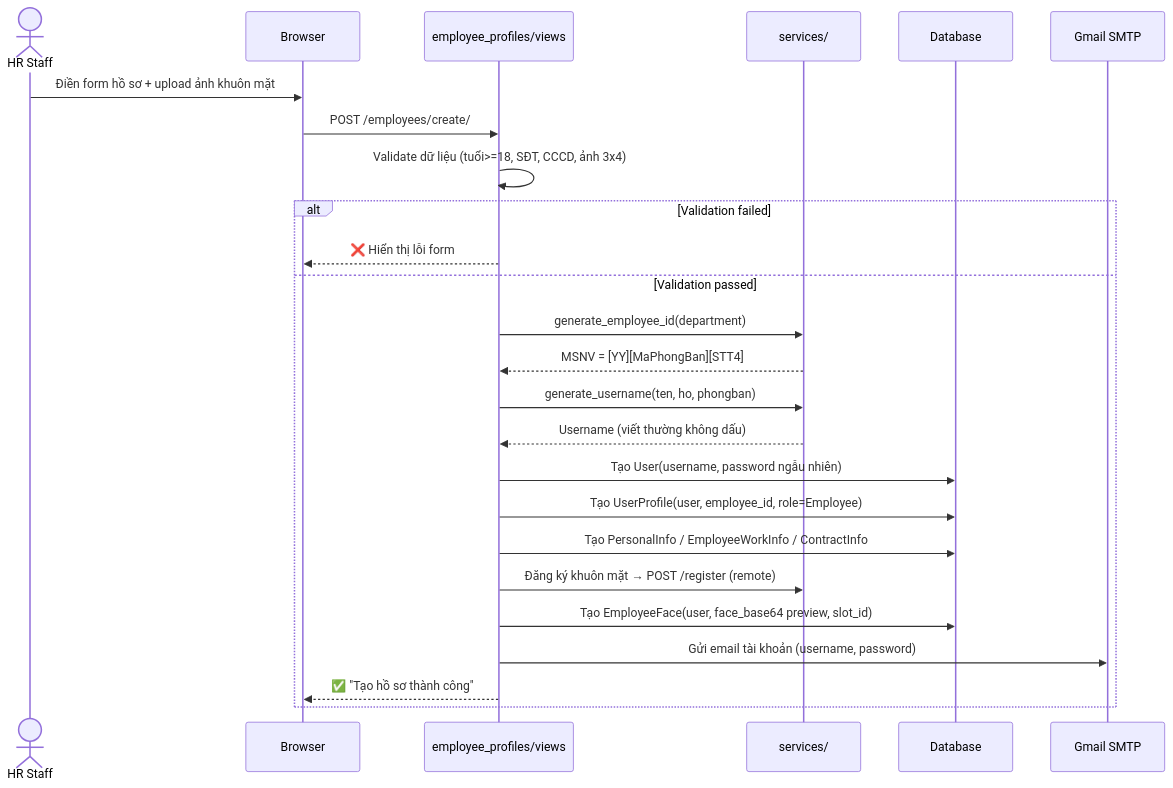
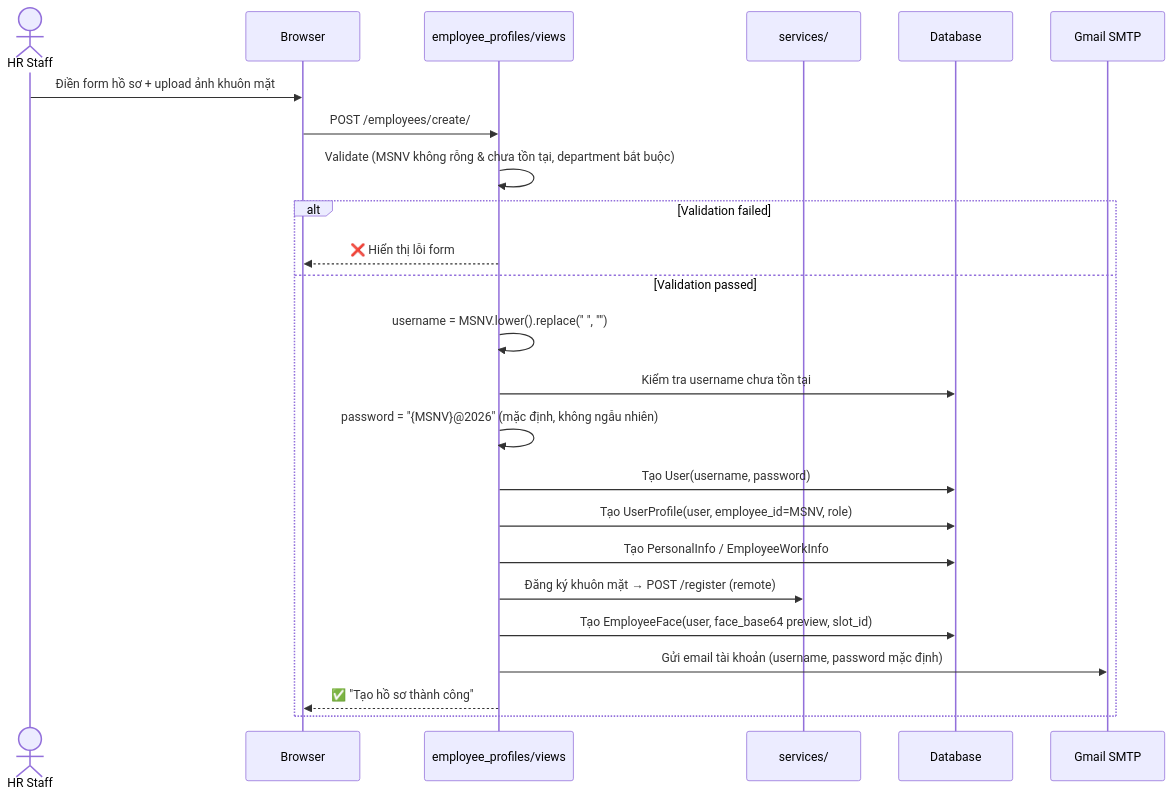
The fourth of 18 diagrams in walkthrough.md (hohoangluan/Business_web_project), drawn with Mermaid before and after one commit. The commit also changed other lines of this file and 5 other files, not shown here.

Commit message:
Thêm các file .md diagram

````diff
--- a/walkthrough.md
+++ b/walkthrough.md
@@ -526,29 +525,28 @@
 ```mermaid
 sequenceDiagram
     actor HR as HR Staff
     participant Web as Browser
     participant View as employee_profiles/views
     participant Service as services/
     participant DB as Database
     participant Email as Gmail SMTP
 
     HR->>Web: Điền form hồ sơ + upload ảnh khuôn mặt
     Web->>View: POST /employees/create/
-    View->>View: Validate dữ liệu (tuổi>=18, SĐT, CCCD, ảnh 3x4)
+    View->>View: Validate (MSNV không rỗng & chưa tồn tại, department bắt buộc)
 
     alt Validation failed
         View-->>Web: ❌ Hiển thị lỗi form
     else Validation passed
-        View->>Service: generate_employee_id(department)
-        Service-->>View: MSNV = [YY][MaPhongBan][STT4]
-        View->>Service: generate_username(ten, ho, phongban)
-        Service-->>View: Username (viết thường không dấu)
-        View->>DB: Tạo User(username, password ngẫu nhiên)
-        View->>DB: Tạo UserProfile(user, employee_id, role=Employee)
-        View->>DB: Tạo PersonalInfo / EmployeeWorkInfo / ContractInfo
+        View->>View: username = MSNV.lower().replace(" ", "")
+        View->>DB: Kiểm tra username chưa tồn tại
+        View->>View: password = "{MSNV}@2026" (mặc định, không ngẫu nhiên)
+        View->>DB: Tạo User(username, password)
+        View->>DB: Tạo UserProfile(user, employee_id=MSNV, role)
+        View->>DB: Tạo PersonalInfo / EmployeeWorkInfo
         View->>Service: Đăng ký khuôn mặt → POST /register (remote)
         View->>DB: Tạo EmployeeFace(user, face_base64 preview, slot_id)
-        View->>Email: Gửi email tài khoản (username, password)
+        View->>Email: Gửi email tài khoản (username, password mặc định)
         View-->>Web: ✅ "Tạo hồ sơ thành công"
     end
 ```
````
